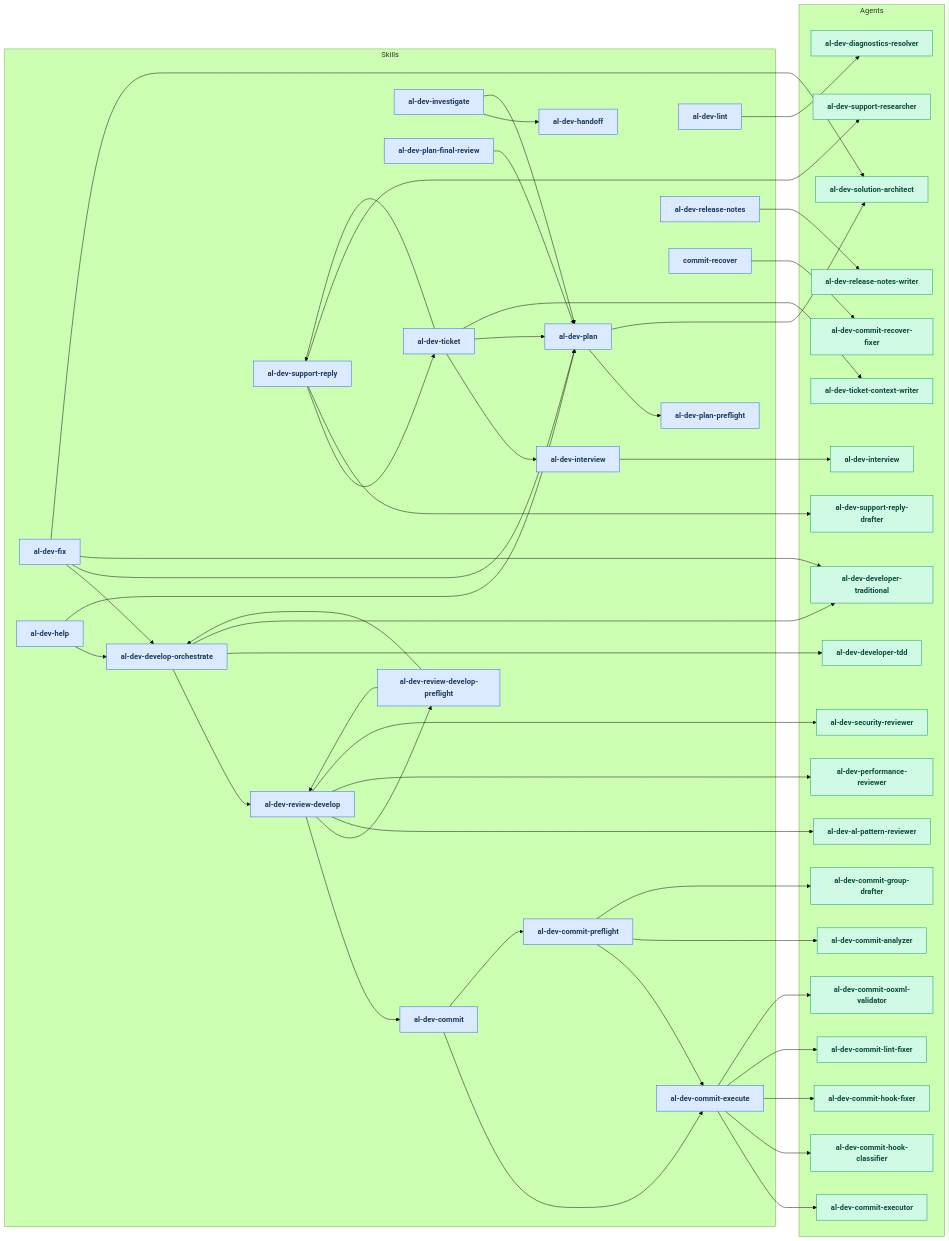
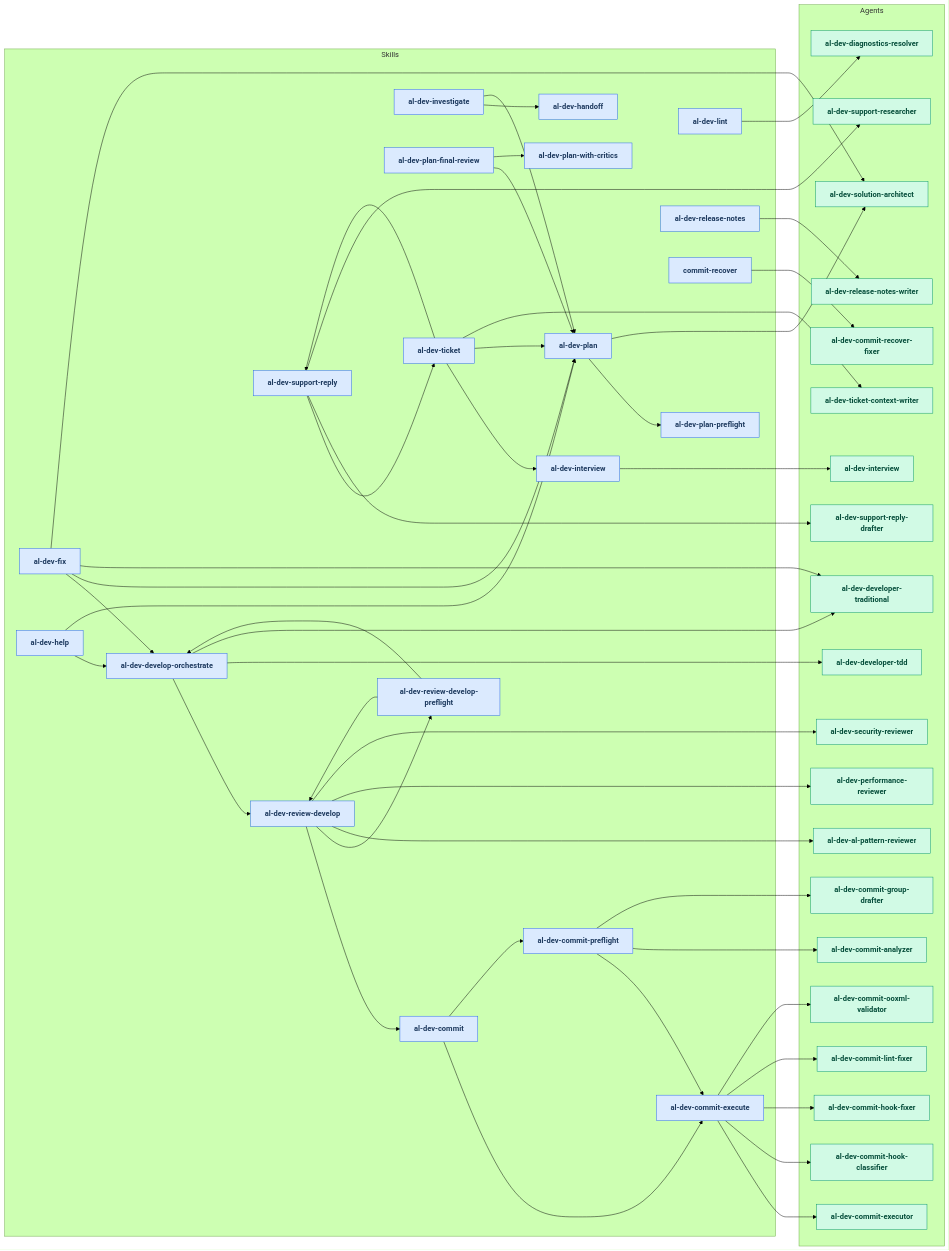
One commit to russell-laing/al-dev-shared changed the first of 2 diagrams in docs/al-dev-workflow-diagrams.md. Above: the diagram before and after it, drawn with Mermaid (forest theme). The commit also changed 5 other files, not shown here.

```diff
--- a/docs/al-dev-workflow-diagrams.md
+++ b/docs/al-dev-workflow-diagrams.md
@@ -25,6 +25,7 @@
         skill_al_dev_plan[al-dev-plan]
         skill_al_dev_plan_final_review[al-dev-plan-final-review]
         skill_al_dev_plan_preflight[al-dev-plan-preflight]
+        skill_al_dev_plan_with_critics[al-dev-plan-with-critics]
         skill_al_dev_release_notes[al-dev-release-notes]
         skill_al_dev_review_develop[al-dev-review-develop]
         skill_al_dev_review_develop_preflight[al-dev-review-develop-preflight]
@@ -67,6 +68,7 @@
     skill_al_dev_investigate --> skill_al_dev_plan
     skill_al_dev_plan --> skill_al_dev_plan_preflight
     skill_al_dev_plan_final_review --> skill_al_dev_plan
+    skill_al_dev_plan_final_review --> skill_al_dev_plan_with_critics
     skill_al_dev_review_develop --> skill_al_dev_commit
     skill_al_dev_review_develop --> skill_al_dev_review_develop_preflight
     skill_al_dev_review_develop_preflight --> skill_al_dev_develop_orchestrate
@@ -111,6 +113,7 @@
     class skill_al_dev_plan skillNode
     class skill_al_dev_plan_final_review skillNode
     class skill_al_dev_plan_preflight skillNode
+    class skill_al_dev_plan_with_critics skillNode
     class skill_al_dev_release_notes skillNode
     class skill_al_dev_review_develop skillNode
     class skill_al_dev_review_develop_preflight skillNode
```
